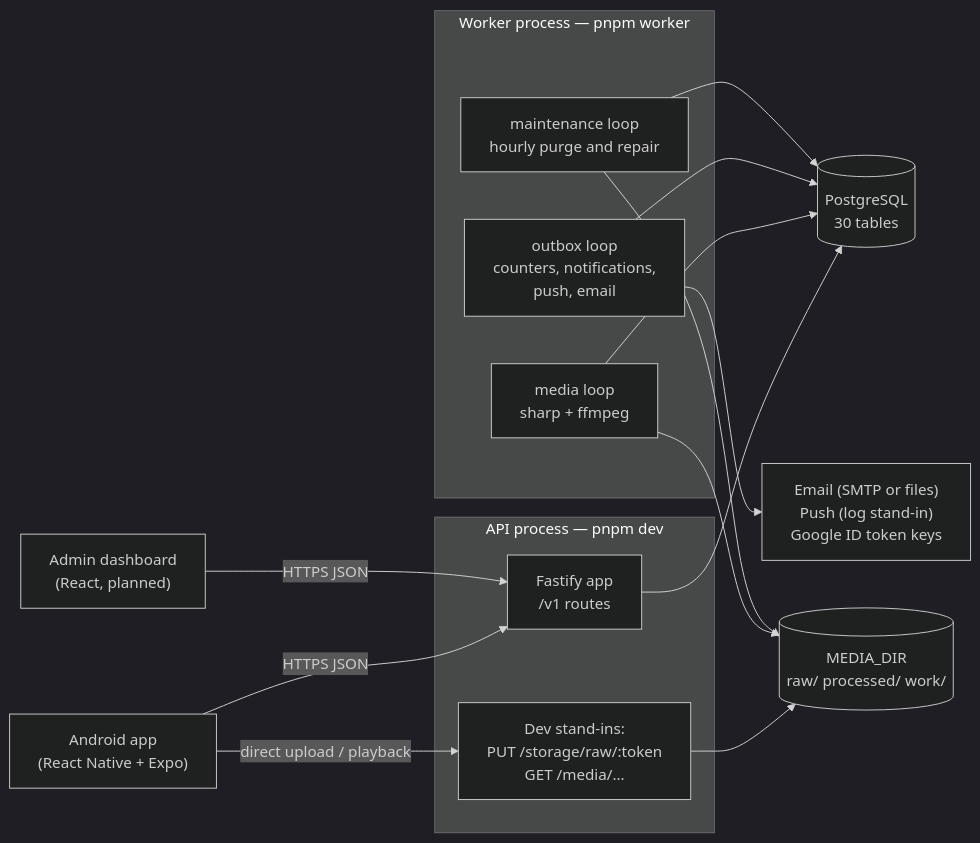
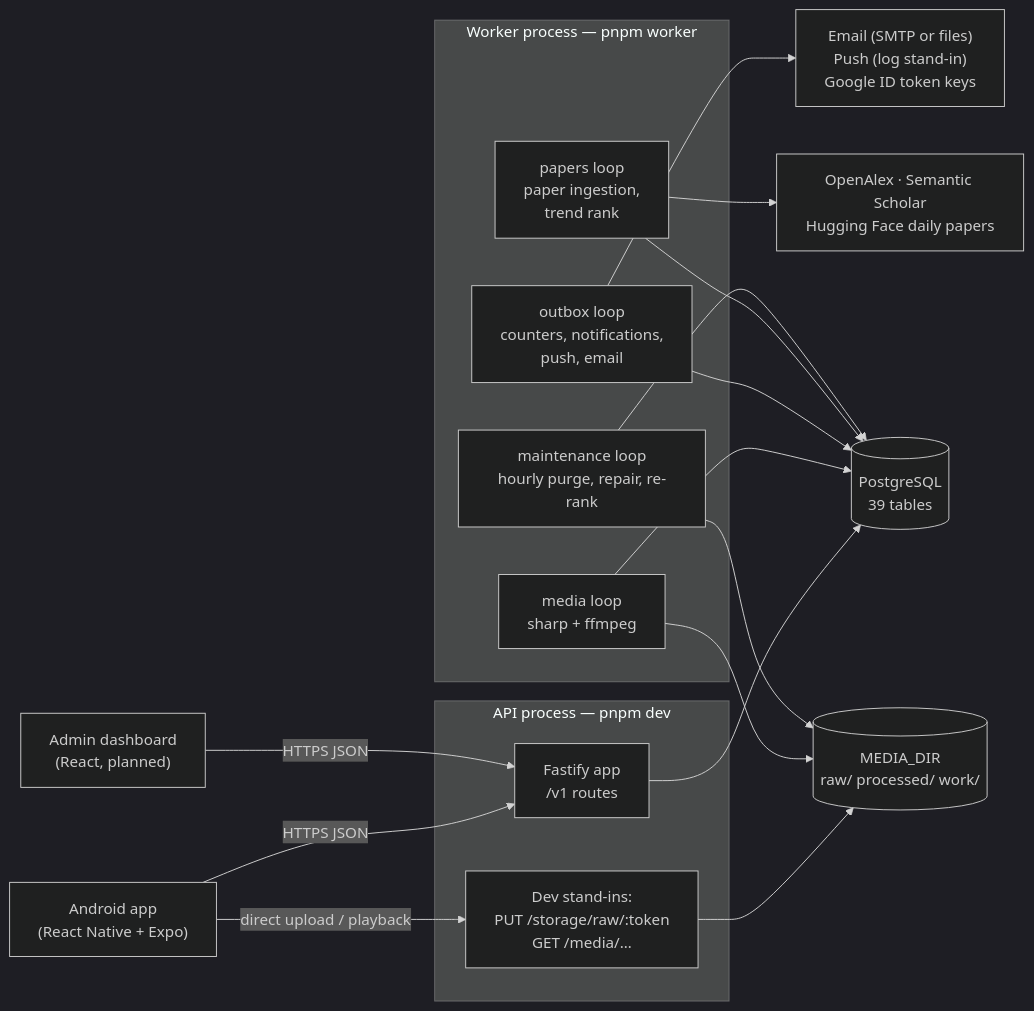
Before and after one commit to A-Piyas-04/doshomik-bytes: the first of 5 diagrams in docs/architecture/backend-architecture.md, drawn with Mermaid (dark theme). The commit also changed other lines of this file and 33 other files, not shown here.

````diff
--- a/docs/architecture/backend-architecture.md
+++ b/docs/architecture/backend-architecture.md
@@ -29,32 +29,36 @@
 ```mermaid
 flowchart LR
     app["Android app<br/>(React Native + Expo)"]
     admin["Admin dashboard<br/>(React, planned)"]
 
     subgraph api_proc["API process — pnpm dev"]
         api["Fastify app<br/>/v1 routes"]
         stand["Dev stand-ins:<br/>PUT /storage/raw/:token<br/>GET /media/…"]
     end
 
     subgraph worker_proc["Worker process — pnpm worker"]
         media["media loop<br/>sharp + ffmpeg"]
         outbox["outbox loop<br/>counters, notifications,<br/>push, email"]
-        maint["maintenance loop<br/>hourly purge and repair"]
+        papers["papers loop<br/>paper ingestion,<br/>trend rank"]
+        maint["maintenance loop<br/>hourly purge, repair, re-rank"]
     end
 
-    pg[("PostgreSQL<br/>30 tables")]
+    pg[("PostgreSQL<br/>39 tables")]
     disk[("MEDIA_DIR<br/>raw/ processed/ work/")]
     ext["Email (SMTP or files)<br/>Push (log stand-in)<br/>Google ID token keys"]
+    scholar["OpenAlex · Semantic Scholar<br/>Hugging Face daily papers"]
 
     app -- HTTPS JSON --> api
     admin -- HTTPS JSON --> api
     app -- "direct upload / playback" --> stand
     api --> pg
     stand --> disk
     media --> pg
     media --> disk
     outbox --> pg
     outbox --> ext
+    papers --> scholar
+    papers --> pg
     maint --> pg
     maint --> disk
 ```
````
